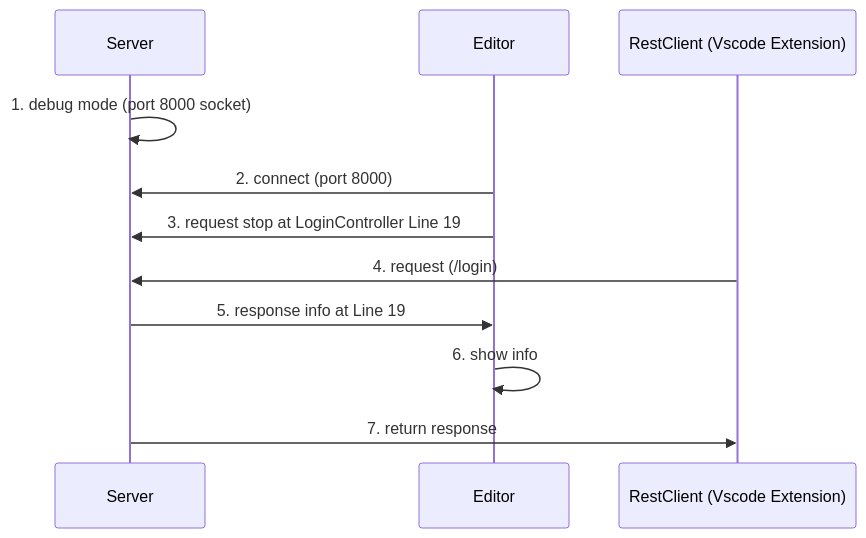
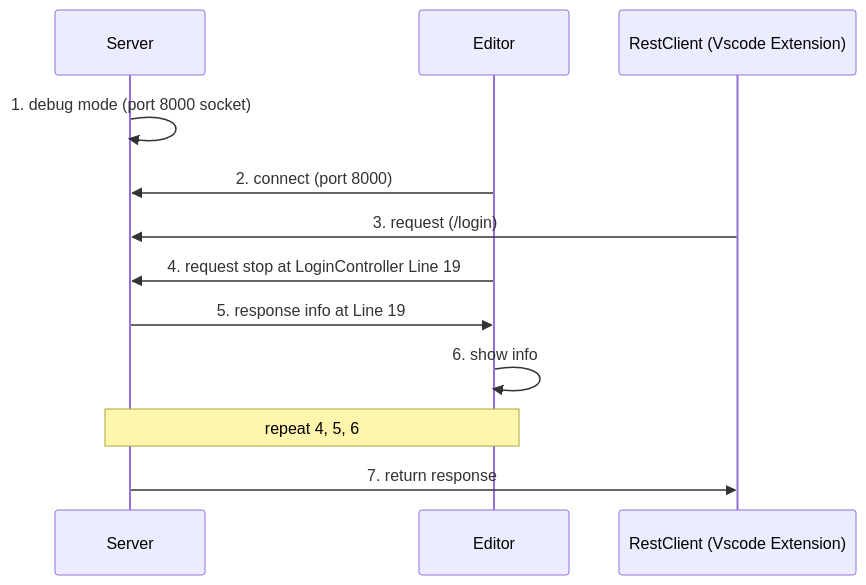
The diagram in docs/debug.md (ko-kym/telework-reservation), drawn with Mermaid before and after one commit. The commit also changed other lines of this file and 1 other file, not shown here.

````diff
--- a/docs/debug.md
+++ b/docs/debug.md
@@ -3,15 +3,16 @@
 ```mermaid
 sequenceDiagram
     participant Tomcat as Server
     participant Vscode as Editor
     participant Client as RestClient (Vscode Extension)
 
     Tomcat->>Tomcat: 1. debug mode (port 8000 socket)
     Vscode->>Tomcat: 2. connect (port 8000)
-    Vscode->>Tomcat: 3. request stop at LoginController Line 19 
-    Client->>Tomcat: 4. request (/login)
+    Client->>Tomcat: 3. request (/login)
+    Vscode->>Tomcat: 4. request stop at LoginController Line 19 
     Tomcat->>Vscode: 5. response info at Line 19 
     Vscode->>Vscode: 6.  show info 
+    Note over Tomcat,Vscode: repeat 4, 5, 6
     Tomcat->>Client: 7.  return response
 
 ```
````
